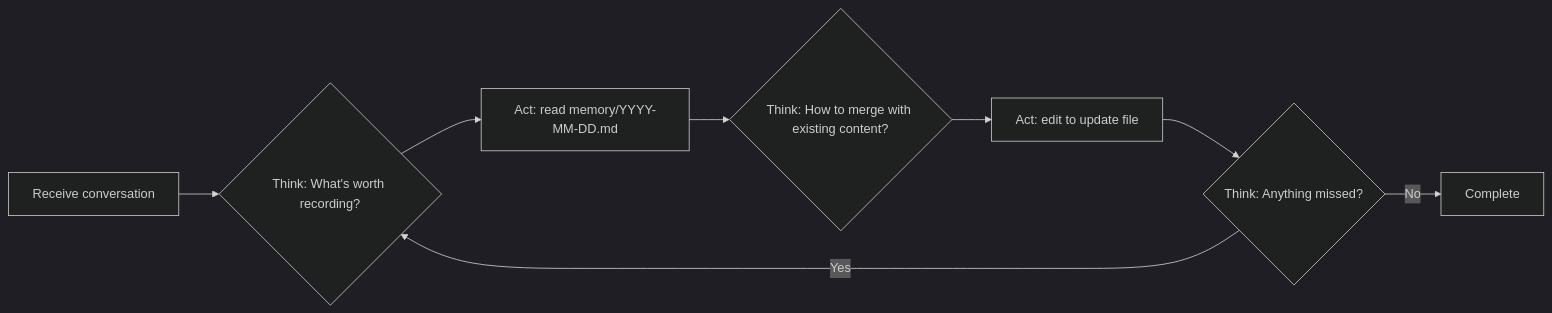
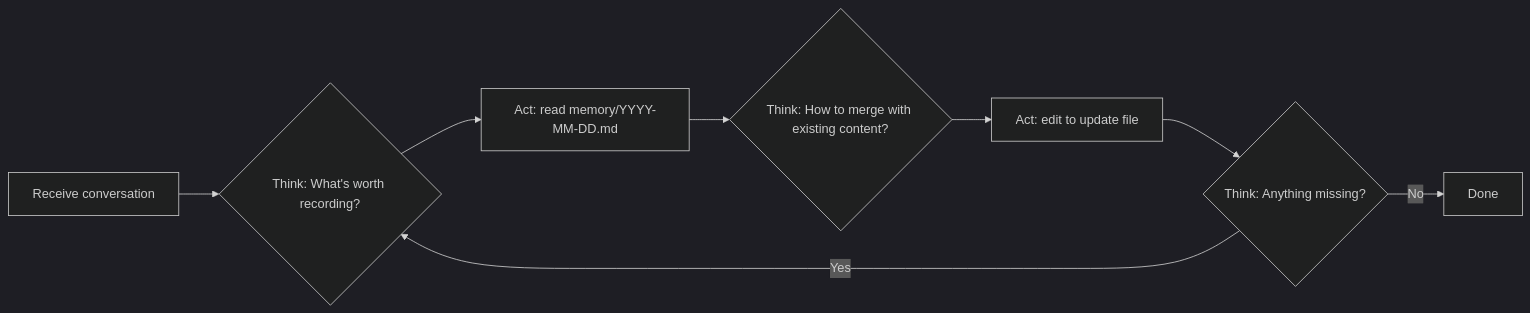
The third of 5 diagrams in README.md (lllyyysss77/ReMe), drawn with Mermaid (dark theme) before and after one commit. The commit also changed other lines of this file, not shown here.

````diff
--- a/README.md
+++ b/README.md
@@ -336,10 +208,10 @@
 ```mermaid
 graph LR
     A[Receive conversation] --> B{Think: What's worth recording?}
     B --> C[Act: read memory/YYYY-MM-DD.md]
     C --> D{Think: How to merge with existing content?}
     D --> E[Act: edit to update file]
-    E --> F{Think: Anything missed?}
+    E --> F{Think: Anything missing?}
     F -->|Yes| B
-    F -->|No| G[Complete]
+    F -->|No| G[Done]
 ```
````
